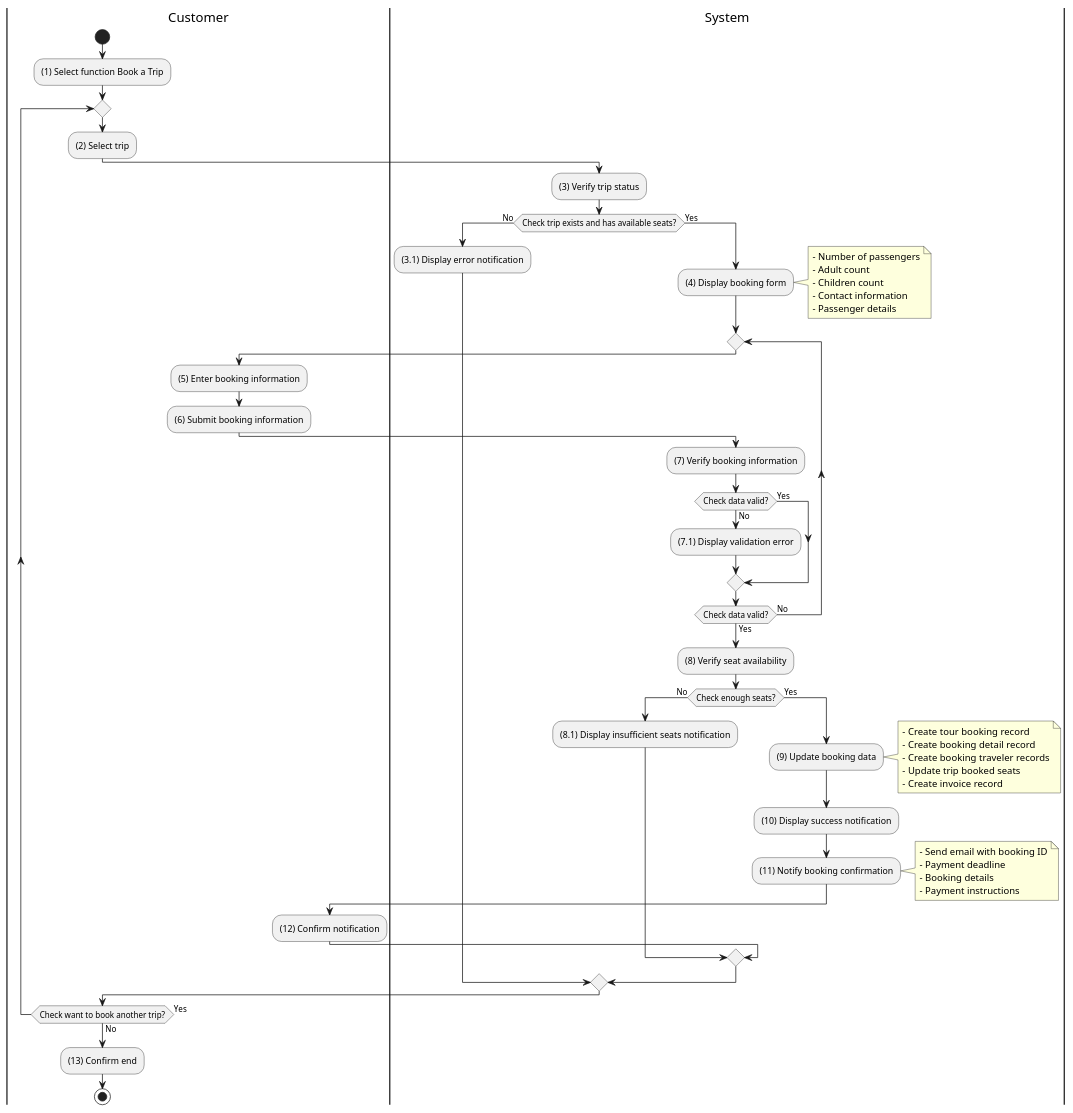
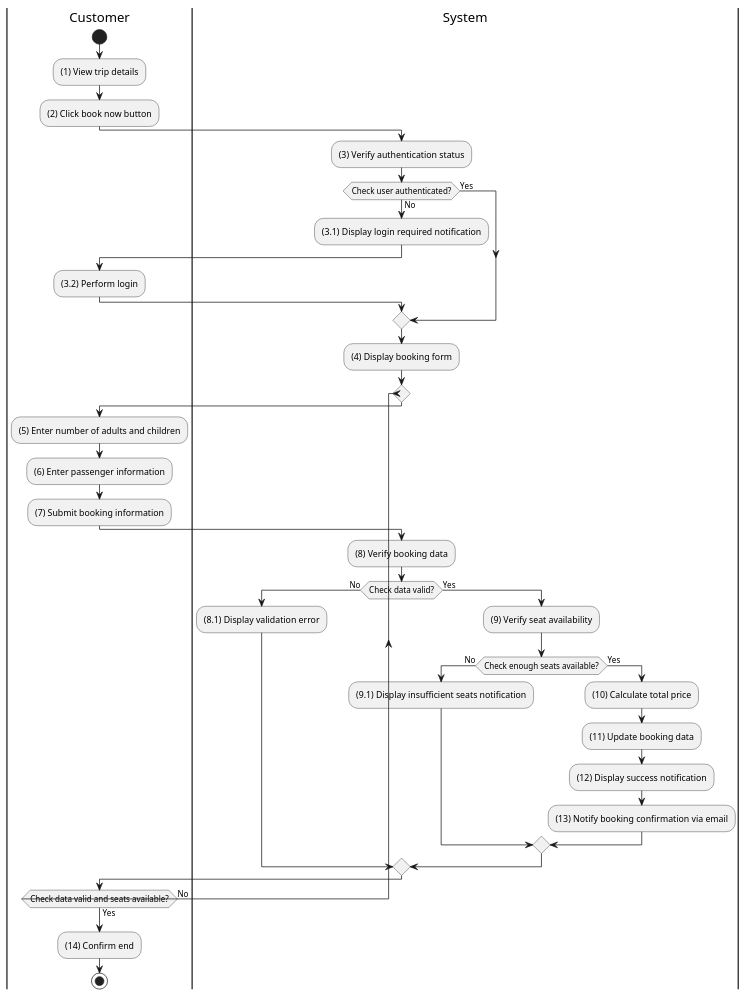
One commit to SE357-TMS/SE357-TMS.github.io changed the diagram in docs/docs/activity/manage-personal-booking/book-a-trip.md. Above: the diagram before and after it, drawn with PlantUML. The commit also changed 18 other files, not shown here.

First line of the commit message:
feat: update activity diagrams and config for booking management

````diff
--- a/docs/docs/activity/manage-personal-booking/book-a-trip.md
+++ b/docs/docs/activity/manage-personal-booking/book-a-trip.md
@@ -3,78 +3,63 @@
 ```plantuml
 @startuml
 |C|Customer
 |S|System
 
 |C|
 start
 
-:(1) Select function Book a Trip;
+:(1) View trip details;
+:(2) Click book now button;
+
+|S|
+:(3) Verify authentication status;
+
+if (Check user authenticated?) then (No)
+  :(3.1) Display login required notification;
+
+  |C|
+  :(3.2) Perform login;
+
+  |S|
+else (Yes)
+endif
+
+:(4) Display booking form;
 
 repeat
-  :(2) Select trip;
+  |C|
+  :(5) Enter number of adults and children;
+  :(6) Enter passenger information;
+  :(7) Submit booking information;
 
   |S|
-  :(3) Verify trip status;
+  :(8) Verify booking data;
 
-  if (Check trip exists and has available seats?) then (No)
-    :(3.1) Display error notification;
+  if (Check data valid?) then (No)
+    :(8.1) Display validation error;
     |C|
   else (Yes)
     |S|
-    :(4) Display booking form;
-    note right
-      - Number of passengers
-      - Adult count
-      - Children count
-      - Contact information
-      - Passenger details
-    end note
+    :(9) Verify seat availability;
 
-    repeat
-      |C|
-      :(5) Enter booking information;
-      :(6) Submit booking information;
-
-      |S|
-      :(7) Verify booking information;
-      if (Check data valid?) then (No)
-        :(7.1) Display validation error;
-      else (Yes)
-      endif
-    repeat while (Check data valid?) is (No) not (Yes)
-
-    :(8) Verify seat availability;
-    if (Check enough seats?) then (No)
-      :(8.1) Display insufficient seats notification;
+    if (Check enough seats available?) then (No)
+      :(9.1) Display insufficient seats notification;
       |C|
     else (Yes)
       |S|
-      :(9) Update booking data;
-      note right
-        - Create tour booking record
-        - Create booking detail record
-        - Create booking traveler records
-        - Update trip booked seats
-        - Create invoice record
-      end note
-      :(10) Display success notification;
-      :(11) Notify booking confirmation;
-      note right
-        - Send email with booking ID
-        - Payment deadline
-        - Booking details
-        - Payment instructions
-      end note
+      :(10) Calculate total price;
+      :(11) Update booking data;
+      :(12) Display success notification;
+      :(13) Notify booking confirmation via email;
 
       |C|
-      :(12) Confirm notification;
     endif
   endif
-repeat while (Check want to book another trip?) is (Yes) not (No)
+repeat while (Check data valid and seats available?) is (No) not (Yes)
 
-:(13) Confirm end;
+:(14) Confirm end;
 
 stop
 
 @enduml
 ```
````
